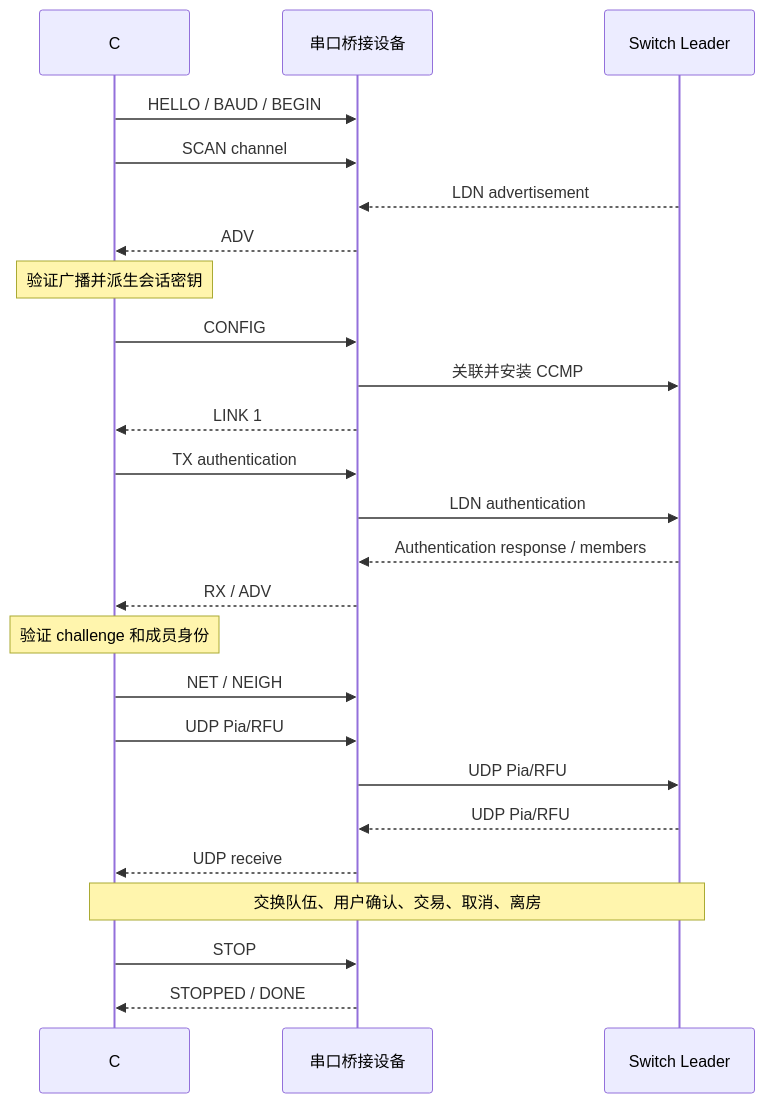
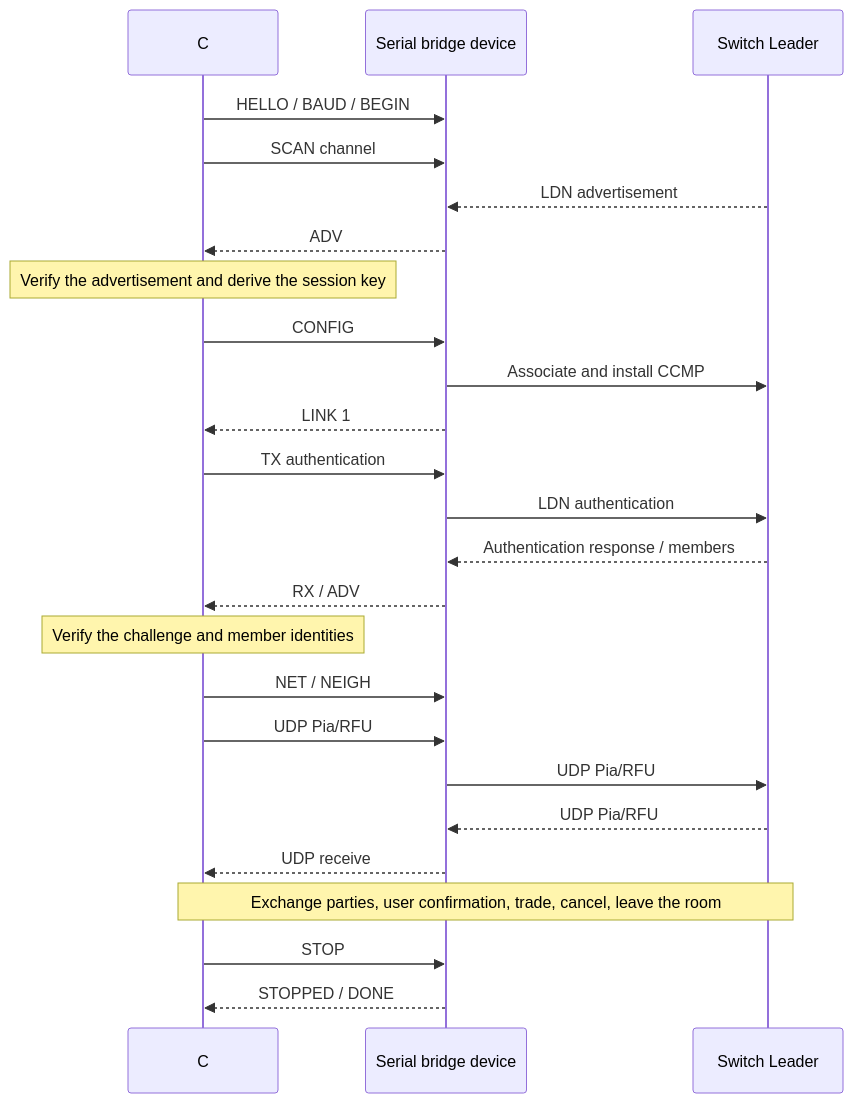
The diagram in docs/SERIAL_PROTOCOL.md (GB-Link/GB-Link-Switch-LDN), drawn with Mermaid before and after one commit. The commit also changed other lines of this file and 66 other files, not shown here.

````diff
--- a/docs/SERIAL_PROTOCOL.md
+++ b/docs/SERIAL_PROTOCOL.md
@@ -150,27 +177,27 @@
 ```mermaid
 sequenceDiagram
-    participant PC as C# 上位机
-    participant MCU as 串口桥接设备
+    participant PC as C# host
+    participant MCU as Serial bridge device
     participant SW as Switch Leader
     PC->>MCU: HELLO / BAUD / BEGIN
     PC->>MCU: SCAN channel
     SW-->>MCU: LDN advertisement
     MCU-->>PC: ADV
-    Note over PC: 验证广播并派生会话密钥
+    Note over PC: Verify the advertisement and derive the session key
     PC->>MCU: CONFIG
-    MCU->>SW: 关联并安装 CCMP
+    MCU->>SW: Associate and install CCMP
     MCU-->>PC: LINK 1
     PC->>MCU: TX authentication
     MCU->>SW: LDN authentication
     SW-->>MCU: Authentication response / members
     MCU-->>PC: RX / ADV
-    Note over PC: 验证 challenge 和成员身份
+    Note over PC: Verify the challenge and member identities
     PC->>MCU: NET / NEIGH
     PC->>MCU: UDP Pia/RFU
     MCU->>SW: UDP Pia/RFU
     SW-->>MCU: UDP Pia/RFU
     MCU-->>PC: UDP receive
-    Note over PC,SW: 交换队伍、用户确认、交易、取消、离房
+    Note over PC,SW: Exchange parties, user confirmation, trade, cancel, leave the room
     PC->>MCU: STOP
     MCU-->>PC: STOPPED / DONE
 ```
````
